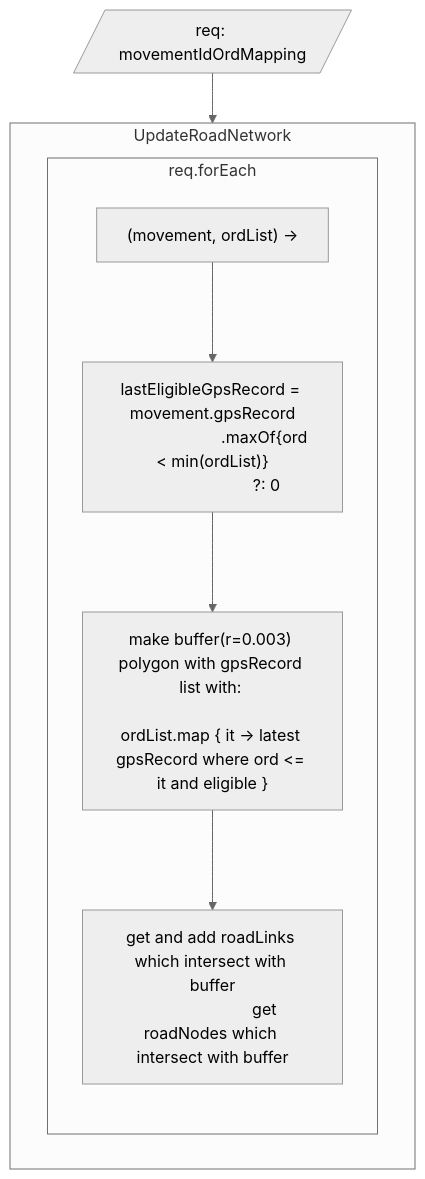
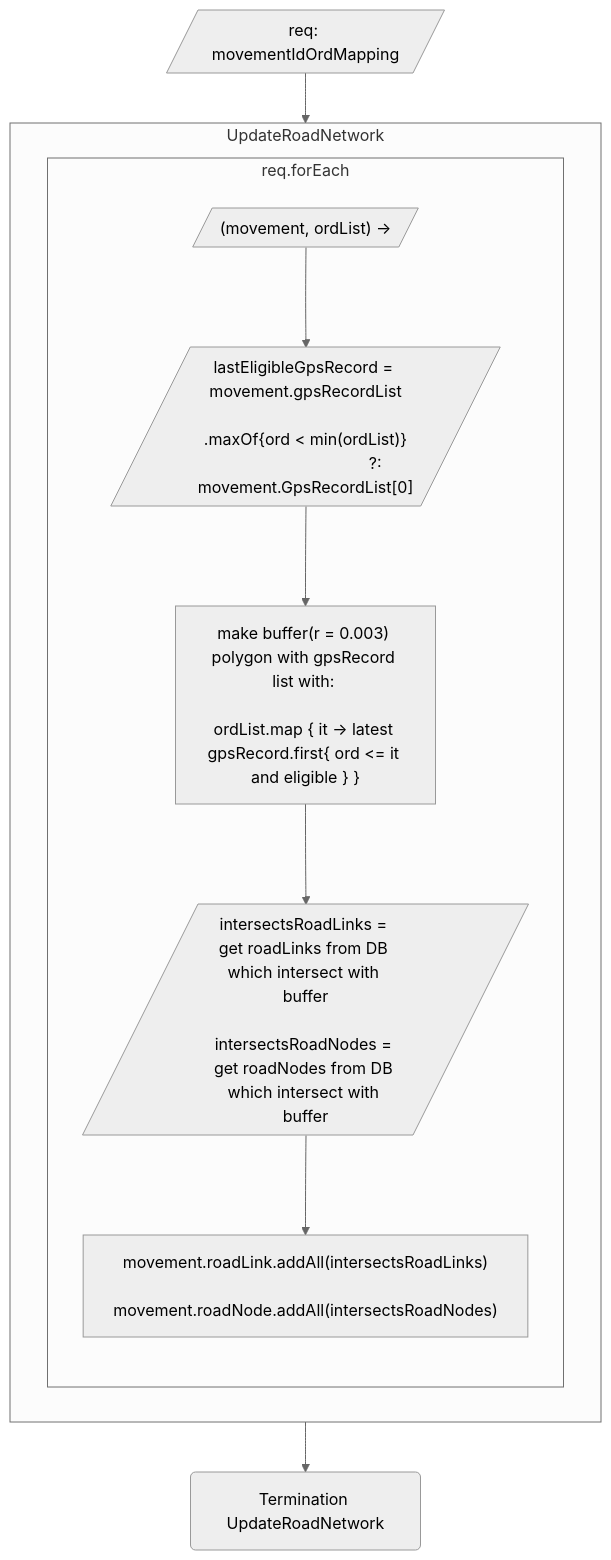
The diagram in 1_update_road_network.mmd (tw-yoo/appmeter-revising-flowchart), drawn with Mermaid (neutral theme) before and after one commit. The commit also changed 5 other files, not shown here.

```diff
--- a/1_update_road_network.mmd
+++ b/1_update_road_network.mmd
@@ -1,31 +1,38 @@
 flowchart TB
 
 	I[/req: movementIdOrdMapping/]
 	subgraph UpdateRoadNetwork
 
-	subgraph req.forEach 
-		it["(movement, ordList) ->"]
+		subgraph req.forEach 
+			it[/"(movement, ordList) ->"/]
 
-		UpdateOrdList2["
-			lastEligibleGpsRecord = movement.gpsRecord
-			.maxOf{ord < min(ordList)}
-			?: 0
-		"]
+			UpdateOrdList[/"
+				lastEligibleGpsRecord = movement.gpsRecordList
+				.maxOf{ord < min(ordList)}
+				?: movement.GpsRecordList[0]
+			"/]
 
-		GetLatestEligibleGpsRecord2["
-			make buffer(r=0.003) polygon with gpsRecord list with: 
-			ordList.map { it -> latest gpsRecord where ord <= it and eligible }
-		"]
+			GetLatestEligibleGpsRecord["
+				make buffer(r = 0.003) polygon with gpsRecord list with: 
+				ordList.map { it -> latest gpsRecord.first{ ord <= it and eligible } }
+			"]
 
-		GetRoadLink2["
-			get and add roadLinks which intersect with buffer
-			get roadNodes which intersect with buffer
-		"]
+			GetRoadLink[/"
+				intersectsRoadLinks = get roadLinks from DB which intersect with buffer
+				intersectsRoadNodes = get roadNodes from DB which intersect with buffer
+			"/]
 
-		it --> UpdateOrdList2 --> GetLatestEligibleGpsRecord2 --> GetRoadLink2
+			AddRoadLink["
+				movement.roadLink.addAll(intersectsRoadLinks)
+				movement.roadNode.addAll(intersectsRoadNodes)
+			"]
 
-	end
+			it --> UpdateOrdList --> GetLatestEligibleGpsRecord --> GetRoadLink --> AddRoadLink
+
+		end
 		
 	end
 
-I --> UpdateRoadNetwork
+	Termination("Termination UpdateRoadNetwork")
+
+I --> UpdateRoadNetwork --> Termination
```
